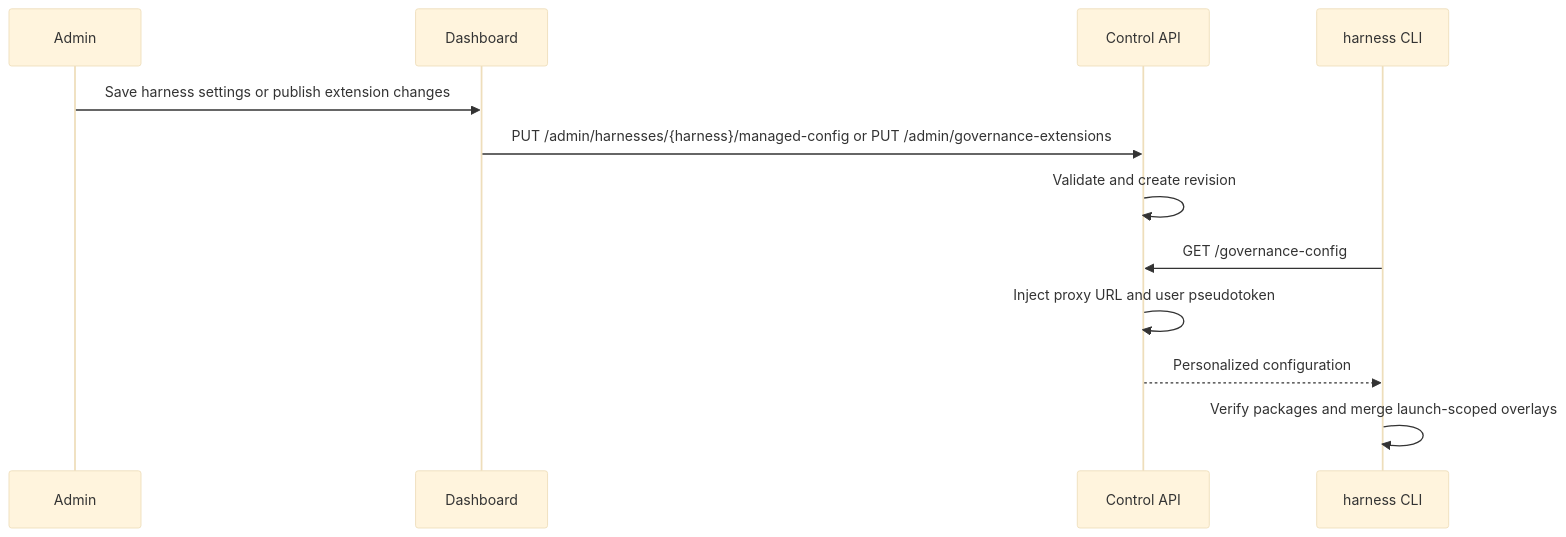
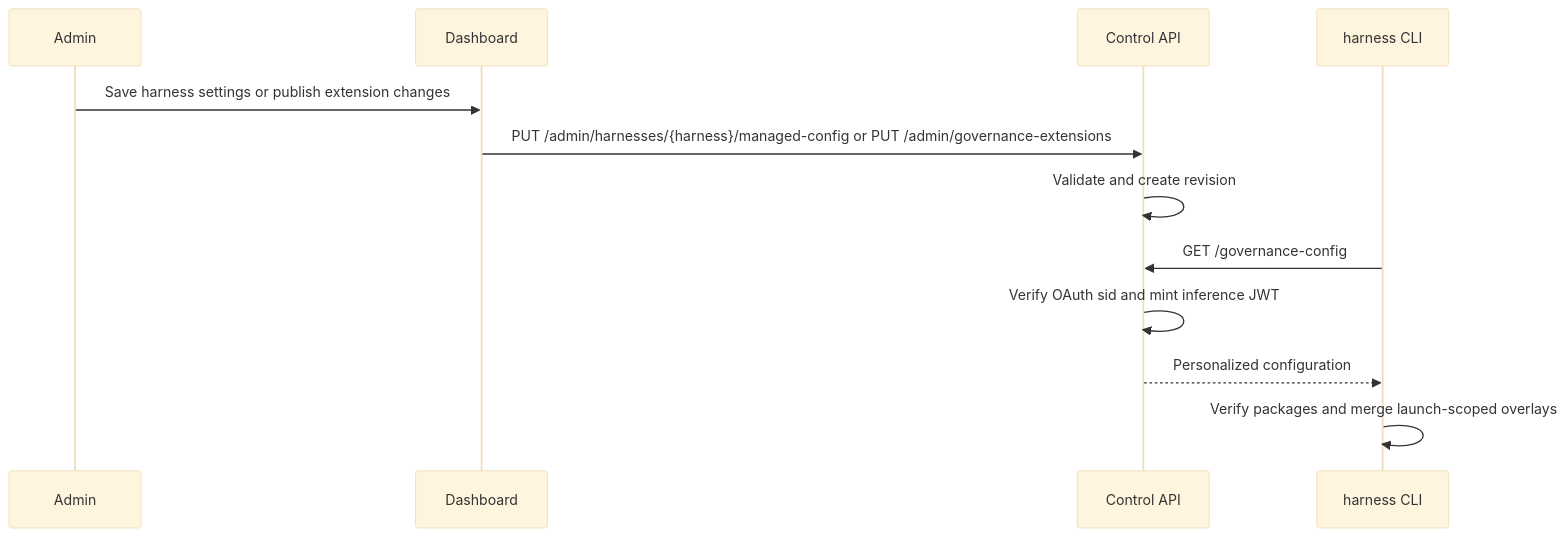
One commit to BlocksOrg/blue changed the second of 3 diagrams in apps/docs/next/concepts/architecture.mdx. Above: the diagram before and after it, drawn with Mermaid (base theme). The commit also changed other lines of this file and 17 other files, not shown here.

````diff
--- a/apps/docs/next/concepts/architecture.mdx
+++ b/apps/docs/next/concepts/architecture.mdx
@@ -28,14 +28,14 @@
 ```mermaid
 sequenceDiagram
   participant Admin
   participant Dashboard
   participant API as Control API
   participant CLI as harness CLI
   Admin->>Dashboard: Save harness settings or publish extension changes
   Dashboard->>API: PUT /admin/harnesses/{harness}/managed-config or PUT /admin/governance-extensions
   API->>API: Validate and create revision
   CLI->>API: GET /governance-config
-  API->>API: Inject proxy URL and user pseudotoken
+  API->>API: Verify OAuth sid and mint inference JWT
   API-->>CLI: Personalized configuration
   CLI->>CLI: Verify packages and merge launch-scoped overlays
 ```
````
